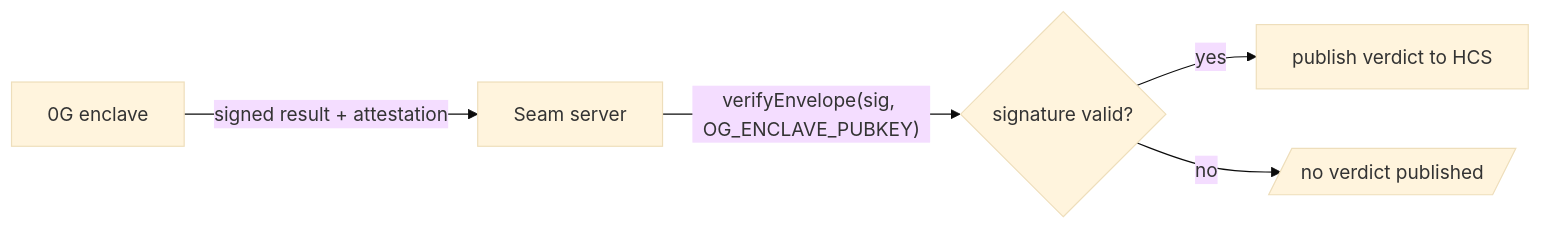
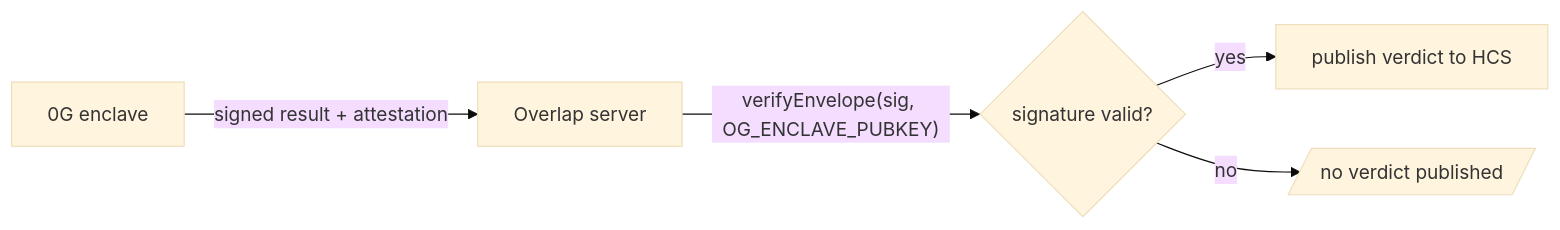
Before and after one commit to fabroche/ethglobal-lisboa-2026: the diagram in docs/transversal/integration-0g.md, drawn with Mermaid (base theme). The commit also changed other lines of this file and 55 other files, not shown here.

````diff
--- a/docs/transversal/integration-0g.md
+++ b/docs/transversal/integration-0g.md
@@ -61,7 +61,7 @@
 ```mermaid
 flowchart LR
-  OG[0G enclave] -- signed result + attestation --> APP[Seam server]
+  OG[0G enclave] -- signed result + attestation --> APP[Overlap server]
   APP -- verifyEnvelope(sig, OG_ENCLAVE_PUBKEY) --> CHK{signature valid?}
   CHK -- yes --> PUB[publish verdict to HCS]
   CHK -- no --> STOP[/no verdict published/]
 ```
````
